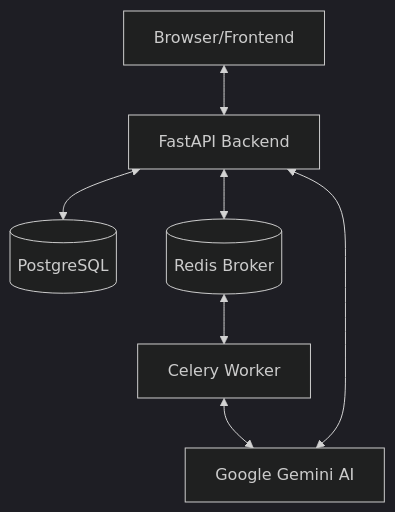
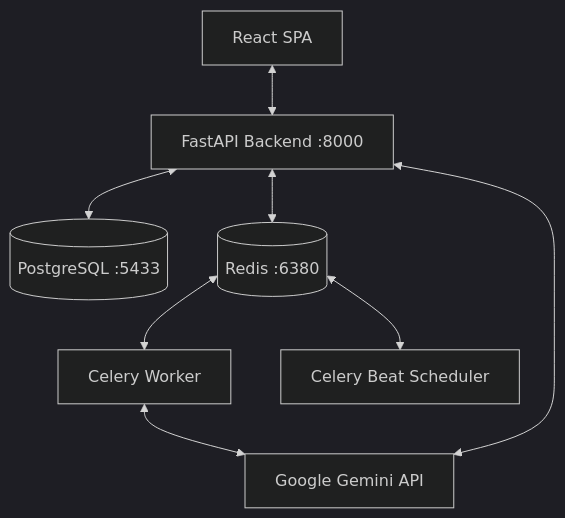
One commit to abynxv/standupsync.ai changed the first of 3 diagrams in README.md. Above: the diagram before and after it, drawn with Mermaid (dark theme). The commit also changed other lines of this file and 2 other files, not shown here.

````diff
--- a/README.md
+++ b/README.md
@@ -9,9 +9,10 @@
 ```mermaid
 graph TD
-    Client[Browser/Frontend] <--> API[FastAPI Backend]
-    API <--> DB[(PostgreSQL)]
-    API <--> Redis[(Redis Broker)]
+    Client[React SPA] <--> API[FastAPI Backend :8000]
+    API <--> DB[(PostgreSQL :5433)]
+    API <--> Redis[(Redis :6380)]
     Redis <--> Worker[Celery Worker]
-    Worker <--> AI[Google Gemini AI]
+    Redis <--> Beat[Celery Beat Scheduler]
+    Worker <--> AI[Google Gemini API]
     API <--> AI
 ```
````
